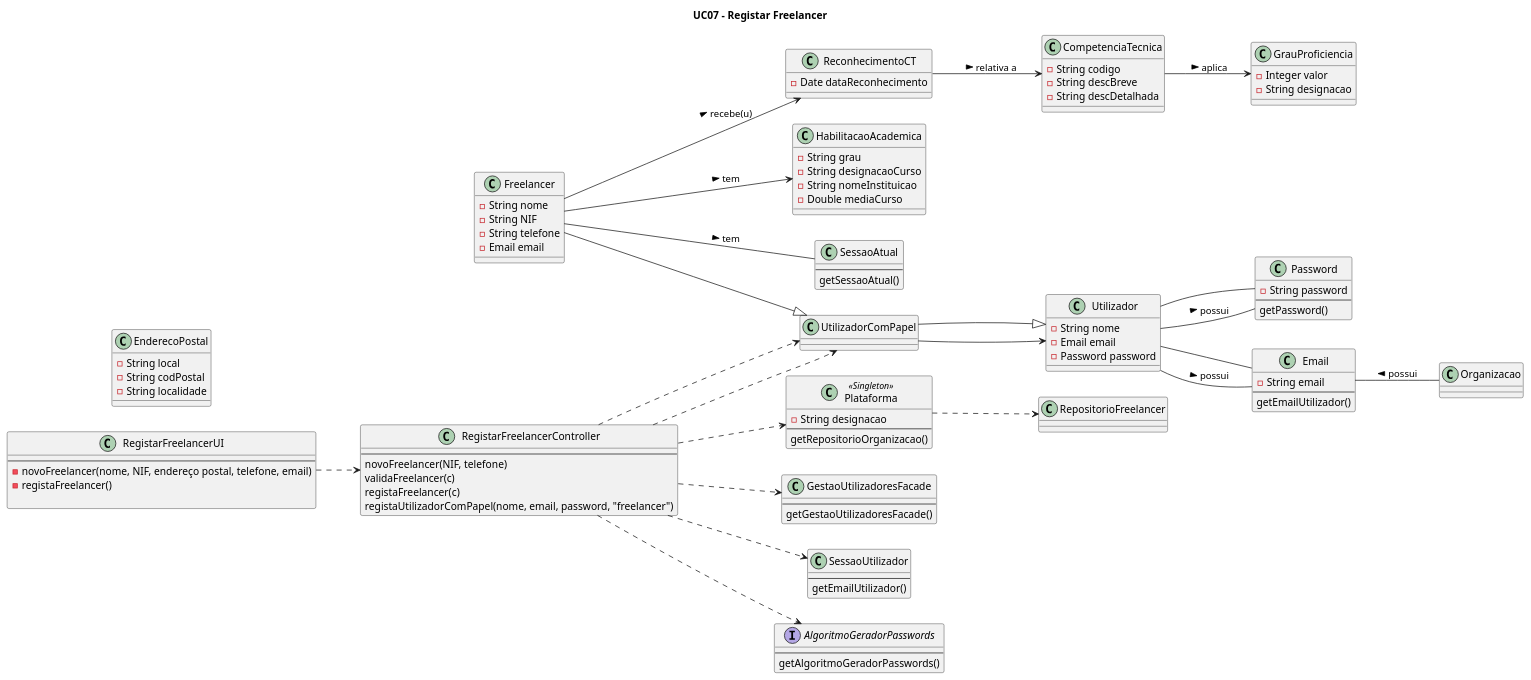
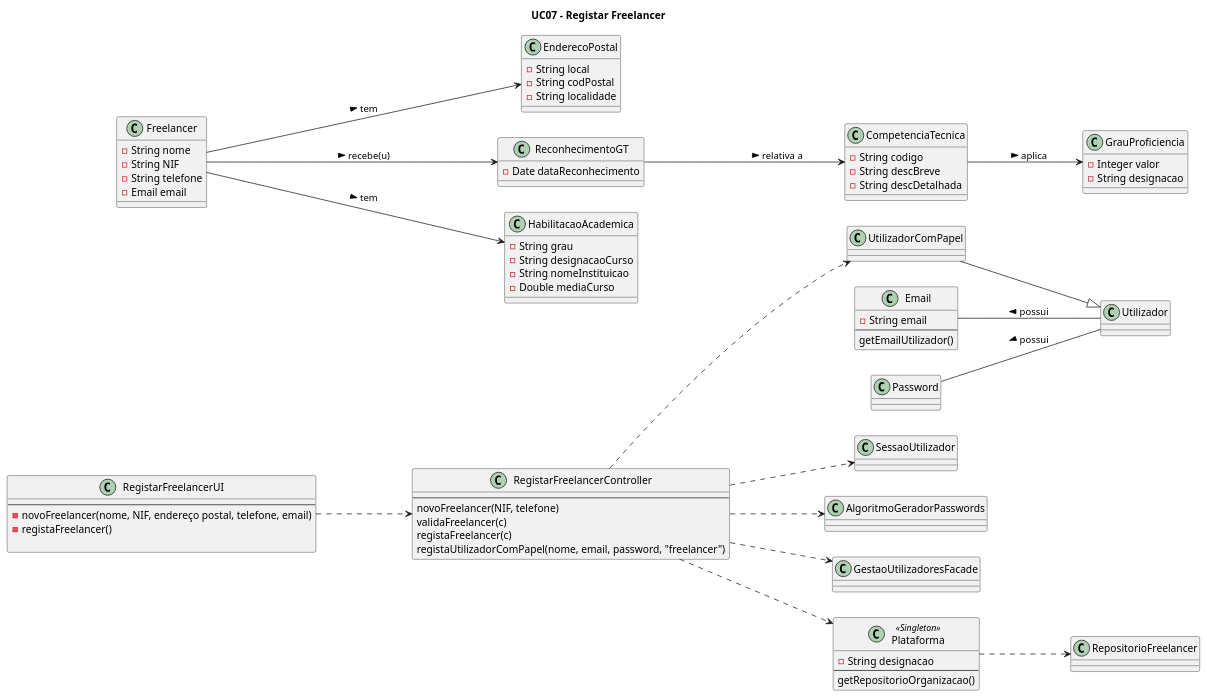
One commit to blestonbandeiraUPSKILL/upskill_java1_labprg_grupo2 changed the diagram in Documentação/Sprint 3/UC07_Registar_Freelancer/UC07_Registar_Freelancer_Diagrama_Classes.puml. Above: the diagram before and after it, drawn with PlantUML.

```diff
--- a/Documentação/Sprint 3/UC07_Registar_Freelancer/UC07_Registar_Freelancer_Diagrama_Classes.puml
+++ b/Documentação/Sprint 3/UC07_Registar_Freelancer/UC07_Registar_Freelancer_Diagrama_Classes.puml
@@ -1,136 +1,92 @@
 @startuml
 
 title UC07 - Registar Freelancer
 
 left to right direction
 
 class Plataforma <<Singleton>> {
     -String designacao
     --
     getRepositorioOrganizacao()
 }
 
 class RegistarFreelancerUI{
     --
     -novoFreelancer(nome, NIF, endereço postal, telefone, email)
     -registaFreelancer()
 
 }
 
 class RegistarFreelancerController{
     --
     novoFreelancer(NIF, telefone)
     validaFreelancer(c)
     registaFreelancer(c)
     registaUtilizadorComPapel(nome, email, password, "freelancer")
 }
 
 class Freelancer {
     -String nome
     -String NIF
     -String telefone
     -Email email
 }
 
 class EnderecoPostal {
     -String local
     -String codPostal
     -String localidade
 }
 
-class ReconhecimentoCT {
+class ReconhecimentoGT {
     -Date dataReconhecimento
 }
 
 class HabilitacaoAcademica {
     -String grau
     -String designacaoCurso
     -String nomeInstituicao
     -Double mediaCurso
 }
 
 class CompetenciaTecnica {
     -String codigo
     -String descBreve
     -String descDetalhada
 }
 
 class GrauProficiencia {
     -Integer valor
     -String designacao
 }
 
-class Utilizador {
-    -String nome
-    -Email email
-    -Password password
-}
-
-class GestaoUtilizadoresFacade{
-    --
-    getGestaoUtilizadoresFacade()
-}
-
-class SessaoAtual{
-    --
-    getSessaoAtual()
-}
-
-class SessaoUtilizador{
-    --
-    getEmailUtilizador()
-}
-
 class RepositorioFreelancer{
 
 }
-
-interface AlgoritmoGeradorPasswords{
-    --
-    getAlgoritmoGeradorPasswords()
-}
-
-class Password{
-    -String password
-    --
-    getPassword()
-}
-
-class UtilizadorComPapel{
-}
-
 
 class Email {
     -String email
     --
     getEmailUtilizador()
 }
 
 RegistarFreelancerUI ..> RegistarFreelancerController
 RegistarFreelancerController ..> SessaoUtilizador
 RegistarFreelancerController ..> Plataforma
 RegistarFreelancerController ..> AlgoritmoGeradorPasswords
 RegistarFreelancerController ..> GestaoUtilizadoresFacade
 RegistarFreelancerController ..> UtilizadorComPapel
-UtilizadorComPapel --> Utilizador
-Utilizador -- Password
-Utilizador -- Email
-Email -- Organizacao: < possui
-Freelancer --> ReconhecimentoCT: recebe(u) >
-ReconhecimentoCT --> CompetenciaTecnica: relativa a >
+Freelancer --> ReconhecimentoGT: recebe(u) >
+ReconhecimentoGT --> CompetenciaTecnica: relativa a >
 CompetenciaTecnica --> GrauProficiencia: aplica >
 Freelancer --> HabilitacaoAcademica: tem >
+Freelancer --> EnderecoPostal: tem >
 
-
-Freelancer --|> UtilizadorComPapel
 UtilizadorComPapel --|> Utilizador
 Email -- Utilizador: < possui
 Password -- Utilizador: < possui
 
-
-Freelancer -- SessaoAtual: tem >
-RegistarFreelancerController ..> UtilizadorComPapel
 Plataforma ..> RepositorioFreelancer
 
 
 @enduml
```
